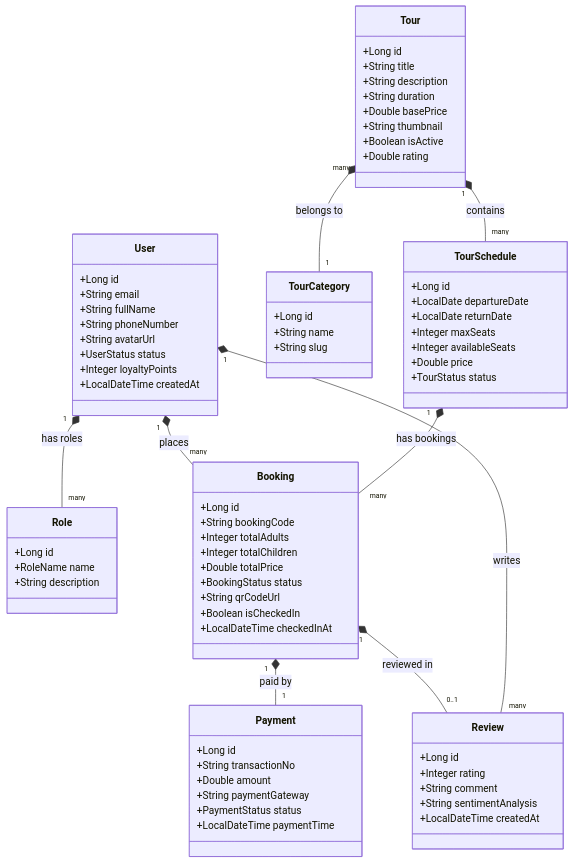
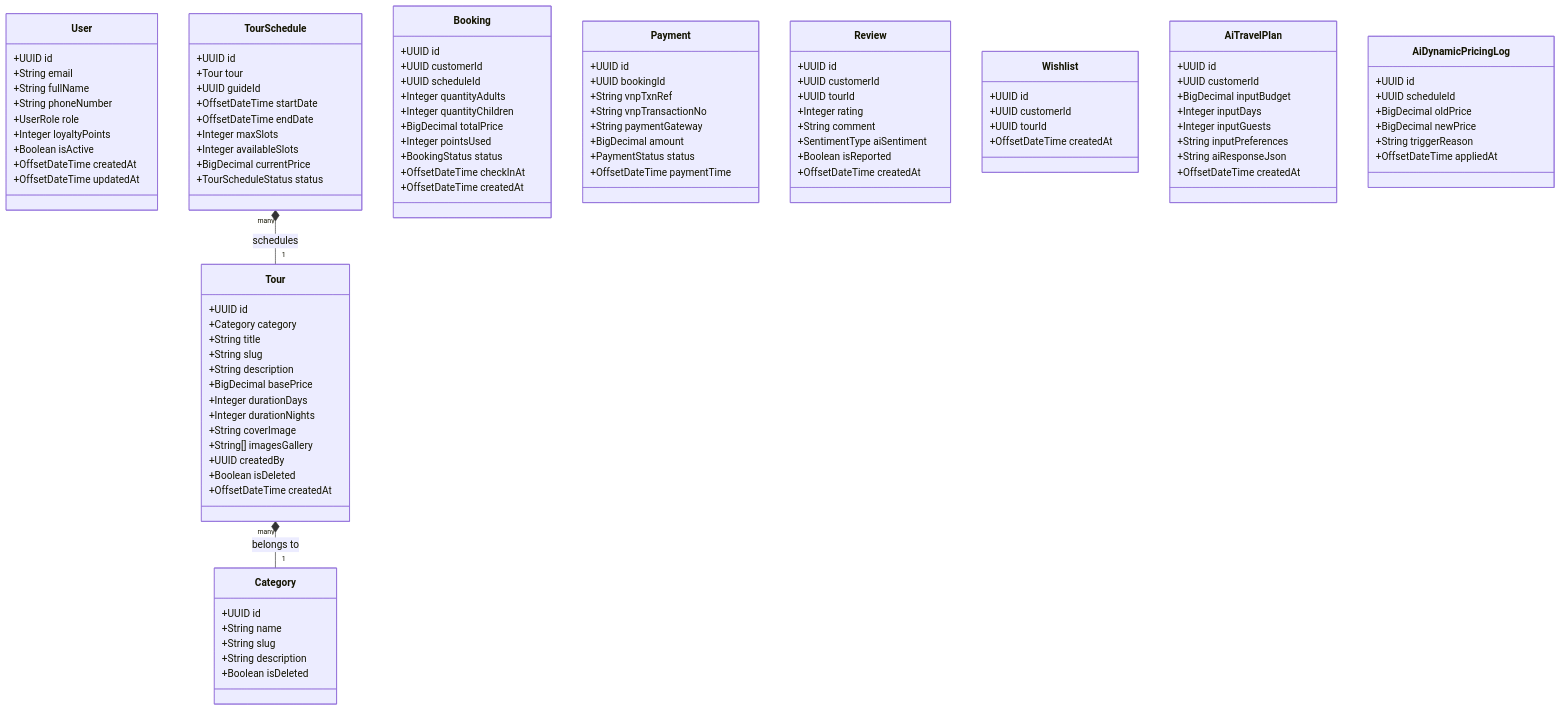
One commit to finallbossl/BE_tourism changed the sixth of 7 diagrams in SYSTEM_DESIGN.md. Above: the diagram before and after it, drawn with Mermaid. The commit also changed other lines of this file and 14 other files, not shown here.

Commit message:
feat: implement authentication module with OTP, JWT, and database schema updates

````diff
--- a/SYSTEM_DESIGN.md
+++ b/SYSTEM_DESIGN.md
@@ -305,84 +354,116 @@
 ```mermaid
 classDiagram
     class User {
-        +Long id
+        +UUID id
         +String email
         +String fullName
         +String phoneNumber
-        +String avatarUrl
-        +UserStatus status
+        +UserRole role
         +Integer loyaltyPoints
-        +LocalDateTime createdAt
+        +Boolean isActive
+        +OffsetDateTime createdAt
+        +OffsetDateTime updatedAt
     }
 
-    class Role {
-        +Long id
-        +RoleName name
+    class Category {
+        +UUID id
+        +String name
+        +String slug
         +String description
+        +Boolean isDeleted
     }
 
     class Tour {
-        +Long id
+        +UUID id
+        +Category category
         +String title
+        +String slug
         +String description
-        +String duration
-        +Double basePrice
-        +String thumbnail
-        +Boolean isActive
-        +Double rating
-    }
-
-    class TourCategory {
-        +Long id
-        +String name
-        +String slug
+        +BigDecimal basePrice
+        +Integer durationDays
+        +Integer durationNights
+        +String coverImage
+        +String[] imagesGallery
+        +UUID createdBy
+        +Boolean isDeleted
+        +OffsetDateTime createdAt
     }
 
     class TourSchedule {
-        +Long id
-        +LocalDate departureDate
-        +LocalDate returnDate
-        +Integer maxSeats
-        +Integer availableSeats
-        +Double price
-        +TourStatus status
+        +UUID id
+        +Tour tour
+        +UUID guideId
+        +OffsetDateTime startDate
+        +OffsetDateTime endDate
+        +Integer maxSlots
+        +Integer availableSlots
+        +BigDecimal currentPrice
+        +TourScheduleStatus status
     }
 
     class Booking {
-        +Long id
-        +String bookingCode
-        +Integer totalAdults
-        +Integer totalChildren
-        +Double totalPrice
+        +UUID id
+        +UUID customerId
+        +UUID scheduleId
+        +Integer quantityAdults
+        +Integer quantityChildren
+        +BigDecimal totalPrice
+        +Integer pointsUsed
         +BookingStatus status
-        +String qrCodeUrl
-        +Boolean isCheckedIn
-        +LocalDateTime checkedInAt
+        +OffsetDateTime checkInAt
+        +OffsetDateTime createdAt
     }
 
     class Payment {
-        +Long id
-        +String transactionNo
-        +Double amount
+        +UUID id
+        +UUID bookingId
+        +String vnpTxnRef
+        +String vnpTransactionNo
         +String paymentGateway
+        +BigDecimal amount
         +PaymentStatus status
-        +LocalDateTime paymentTime
+        +OffsetDateTime paymentTime
     }
 
     class Review {
-        +Long id
+        +UUID id
+        +UUID customerId
+        +UUID tourId
         +Integer rating
         +String comment
-        +String sentimentAnalysis
-        +LocalDateTime createdAt
+        +SentimentType aiSentiment
+        +Boolean isReported
+        +OffsetDateTime createdAt
     }
 
-    User "1" *-- "many" Role : has roles
-    Tour "many" *-- "1" TourCategory : belongs to
-    Tour "1" *-- "many" TourSchedule : contains
-    User "1" *-- "many" Booking : places
-    TourSchedule "1" *-- "many" Booking : has bookings
-    Booking "1" *-- "1" Payment : paid by
-    Booking "1" *-- "0..1" Review : reviewed in
-    User "1" *-- "many" Review : writes
+    class Wishlist {
+        +UUID id
+        +UUID customerId
+        +UUID tourId
+        +OffsetDateTime createdAt
+    }
+
+    class AiTravelPlan {
+        +UUID id
+        +UUID customerId
+        +BigDecimal inputBudget
+        +Integer inputDays
+        +Integer inputGuests
+        +String inputPreferences
+        +String aiResponseJson
+        +OffsetDateTime createdAt
+    }
+
+    class AiDynamicPricingLog {
+        +UUID id
+        +UUID scheduleId
+        +BigDecimal oldPrice
+        +BigDecimal newPrice
+        +String triggerReason
+        +OffsetDateTime appliedAt
+    }
+
+    Tour "many" *-- "1" Category : belongs to
+    TourSchedule "many" *-- "1" Tour : schedules
+    %% Note: Loose coupling across modules is maintained via raw UUID fields (e.g. Booking references User and TourSchedule by UUID).
 ```
````
